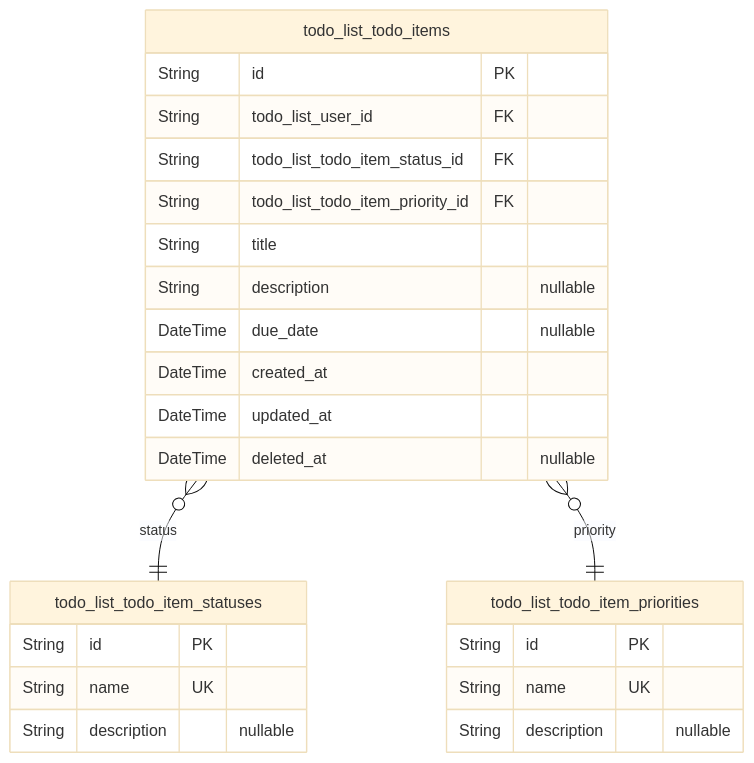
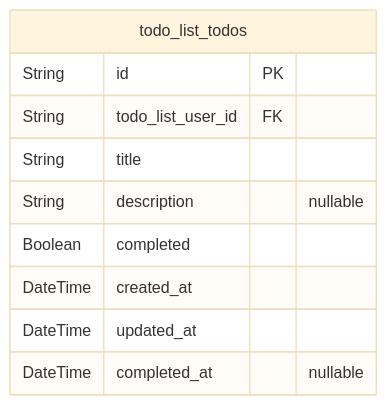
The second of 2 diagrams in mistralai/codestral-2508/todo/docs/ERD.md (wrtnlabs/autobe-examples), drawn with Mermaid (base theme) before and after one commit. The commit also changed other lines of this file and 3372 other files, not shown here.

````diff
--- a/mistralai/codestral-2508/todo/docs/ERD.md
+++ b/mistralai/codestral-2508/todo/docs/ERD.md
@@ -273,27 +94,13 @@
 ```mermaid
 erDiagram
-"todo_list_todo_items" {
+"todo_list_todos" {
   String id PK
   String todo_list_user_id FK
-  String todo_list_todo_item_status_id FK
-  String todo_list_todo_item_priority_id FK
   String title
   String description "nullable"
-  DateTime due_date "nullable"
+  Boolean completed
   DateTime created_at
   DateTime updated_at
-  DateTime deleted_at "nullable"
+  DateTime completed_at "nullable"
 }
-"todo_list_todo_item_statuses" {
-  String id PK
-  String name UK
-  String description "nullable"
-}
-"todo_list_todo_item_priorities" {
-  String id PK
-  String name UK
-  String description "nullable"
-}
-"todo_list_todo_items" }o--|| "todo_list_todo_item_statuses" : status
-"todo_list_todo_items" }o--|| "todo_list_todo_item_priorities" : priority
 ```
````
